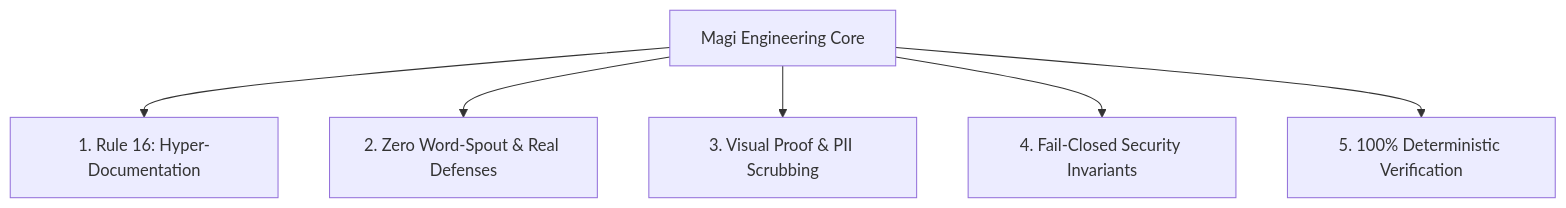
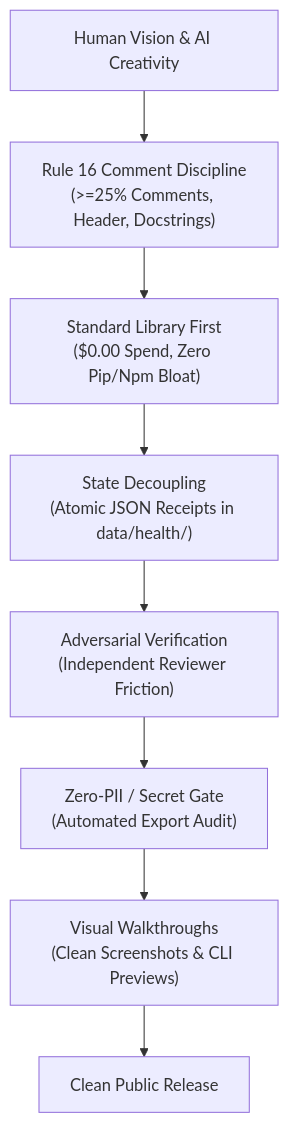
The diagram in MAGI_BIBLE.md (Ethan-da-Tech-Wizard/release-kit), drawn with Mermaid before and after one commit. The commit also changed other lines of this file and 5 other files, not shown here.

Commit message:
docs: add MAGI_LOOK_HERE onboarding, visual SVG walkthroughs, and fail-fast CI configuration

````diff
--- a/MAGI_BIBLE.md
+++ b/MAGI_BIBLE.md
@@ -32,8 +12,10 @@
 ```mermaid
 flowchart TD
-    A["Magi Engineering Core"] --> B["1. Rule 16: Hyper-Documentation"]
-    A --> C["2. Zero Word-Spout & Real Defenses"]
-    A --> D["3. Visual Proof & PII Scrubbing"]
-    A --> E["4. Fail-Closed Security Invariants"]
-    A --> F["5. 100% Deterministic Verification"]
+    A["Human Vision & AI Creativity"] --> B["Rule 16 Comment Discipline<br/>(>=25% Comments, Header, Docstrings)"]
+    B --> C["Standard Library First<br/>($0.00 Spend, Zero Pip/Npm Bloat)"]
+    C --> D["State Decoupling<br/>(Atomic JSON Receipts in data/health/)"]
+    D --> E["Adversarial Verification<br/>(Independent Reviewer Friction)"]
+    E --> F["Zero-PII / Secret Gate<br/>(Automated Export Audit)"]
+    F --> G["Visual Walkthroughs<br/>(Clean Screenshots & CLI Previews)"]
+    G --> H["Clean Public Release"]
 ```
````
